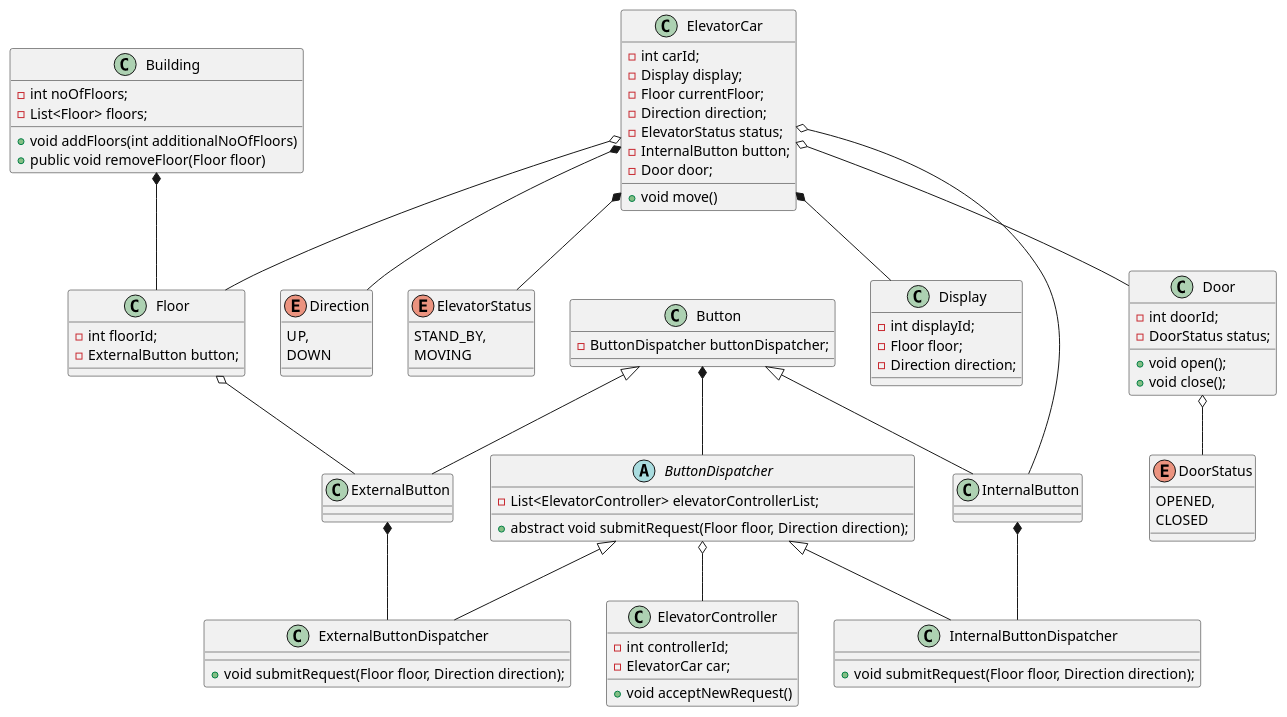
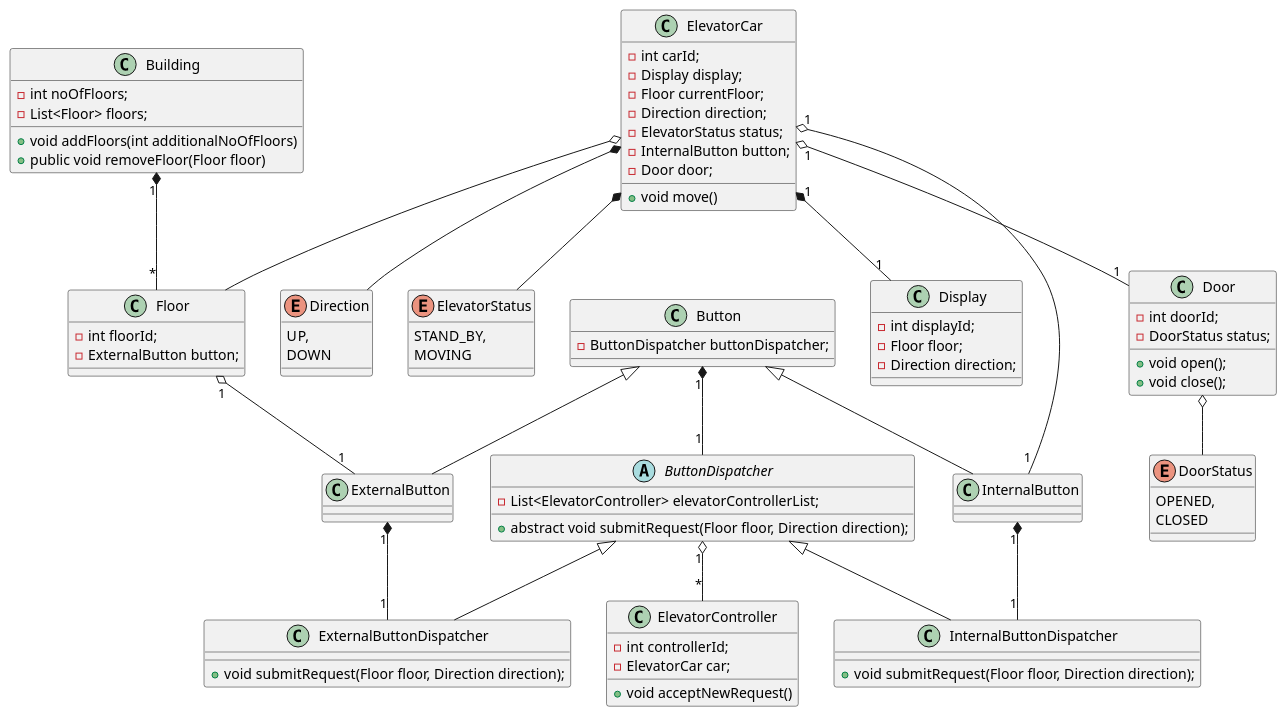
Before and after one commit to AnusrutaD/ElevatorSystem: the first of 2 diagrams in README.md, drawn with PlantUML. The commit also changed other lines of this file and 1 other file, not shown here.

````diff
--- a/README.md
+++ b/README.md
@@ -38,8 +38,6 @@
     - int floorId;
     - ExternalButton button;
 }
-
-Building *-- Floor
 
 class ElevatorCar {
     - int carId;
@@ -90,17 +88,6 @@
 
 class ExternalButton
 
-Button <|-- InternalButton
-Button <|-- ExternalButton
-
-ElevatorCar *-- Display
-ElevatorCar o-- Floor
-ElevatorCar *-- Direction
-ElevatorCar *-- ElevatorStatus
-ElevatorCar o-- InternalButton
-ElevatorCar o-- Door
-Door o-- DoorStatus
-Floor o-- ExternalButton
 
 abstract class ButtonDispatcher {
     - List<ElevatorController> elevatorControllerList;
@@ -116,13 +103,6 @@
     + void submitRequest(Floor floor, Direction direction);
 }
 
-ButtonDispatcher <|-- InternalButtonDispatcher
-ButtonDispatcher <|-- ExternalButtonDispatcher
-
-Button *-- ButtonDispatcher
-InternalButton *-- InternalButtonDispatcher
-ExternalButton *-- ExternalButtonDispatcher
-
 class ElevatorController {
     - int controllerId;
     - ElevatorCar car;
@@ -130,7 +110,26 @@
     + void acceptNewRequest()
 }
 
-ButtonDispatcher o-- ElevatorController
+Building "1" *-- "*" Floor
+
+Button <|-- InternalButton
+Button <|-- ExternalButton
+
+ElevatorCar "1" *-- "1" Display
+ElevatorCar o-- Floor
+ElevatorCar *-- Direction
+ElevatorCar *-- ElevatorStatus
+ElevatorCar "1" o-- "1" InternalButton
+ElevatorCar "1" o-- "1" Door
+Door o-- DoorStatus
+Floor "1" o-- "1" ExternalButton
+ButtonDispatcher <|-- InternalButtonDispatcher
+ButtonDispatcher <|-- ExternalButtonDispatcher
+
+Button "1" *-- "1" ButtonDispatcher
+InternalButton "1" *-- "1" InternalButtonDispatcher
+ExternalButton "1" *-- "1" ExternalButtonDispatcher
+ButtonDispatcher "1" o-- "*" ElevatorController
 
 @enduml
 ```
````
